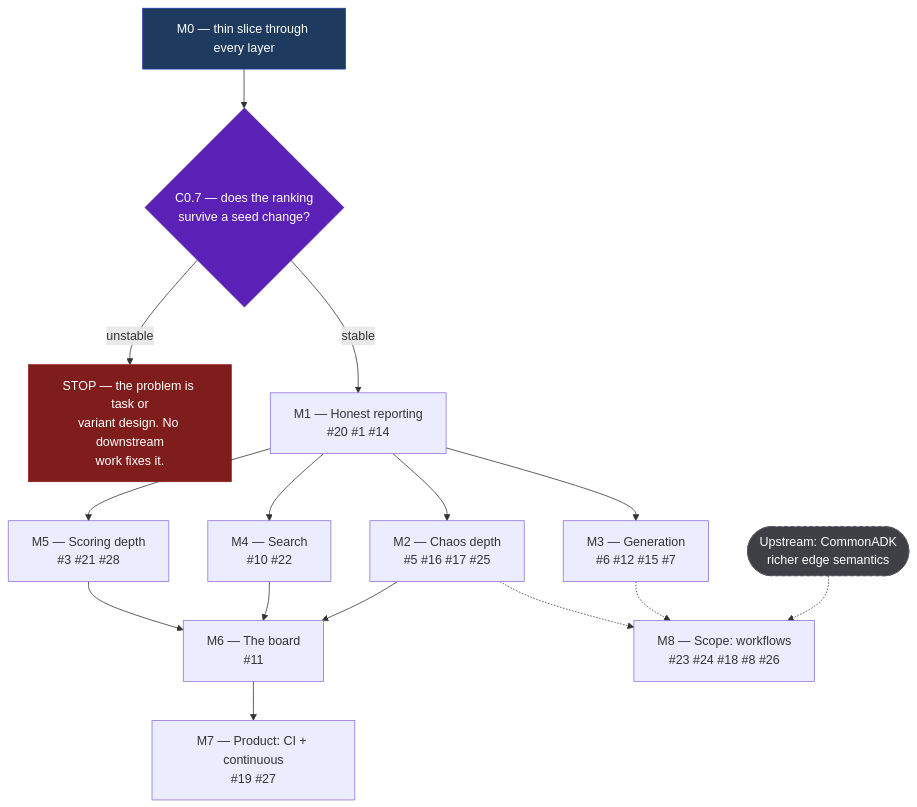
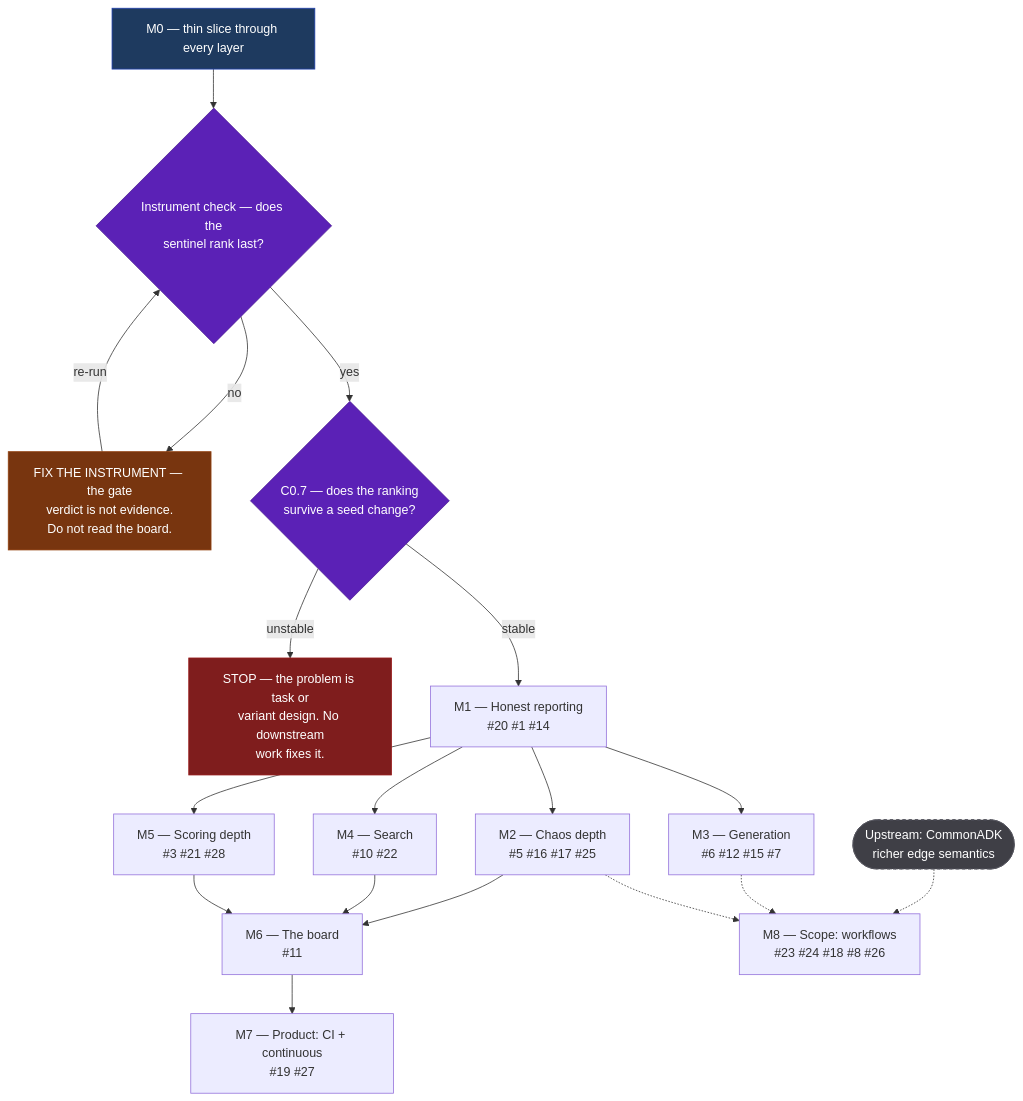
One commit to Mehul-Gupta-SMH/agent-gauntlet changed the second of 2 diagrams in plan.md. Above: the diagram before and after it, drawn with Mermaid. The commit also changed other lines of this file, not shown here.

First line of the commit message:
plan.md: record what the live gate actually did

````diff
--- a/plan.md
+++ b/plan.md
@@ -382,35 +415,42 @@
 ```mermaid
 flowchart TD
     M0["M0 — thin slice through every layer"]
+    INST{"Instrument check — does the<br/>sentinel rank last?"}
+    FIXM["FIX THE INSTRUMENT — the gate<br/>verdict is not evidence.<br/>Do not read the board."]
     GATE{"C0.7 — does the ranking<br/>survive a seed change?"}
     STOP["STOP — the problem is task or<br/>variant design. No downstream<br/>work fixes it."]
     M1["M1 — Honest reporting<br/>#20 #1 #14"]
     M2["M2 — Chaos depth<br/>#5 #16 #17 #25"]
     M3["M3 — Generation<br/>#6 #12 #15 #7"]
     M4["M4 — Search<br/>#10 #22"]
     M5["M5 — Scoring depth<br/>#3 #21 #28"]
     M6["M6 — The board<br/>#11"]
     M7["M7 — Product: CI + continuous<br/>#19 #27"]
     M8["M8 — Scope: workflows<br/>#23 #24 #18 #8 #26"]
     UP(["Upstream: CommonADK<br/>richer edge semantics"])
 
-    M0 --> GATE
+    M0 --> INST
+    INST -- "no" --> FIXM
+    FIXM -- "re-run" --> INST
+    INST -- "yes" --> GATE
     GATE -- "unstable" --> STOP
     GATE -- "stable" --> M1
     M1 --> M2
     M1 --> M4
     M1 --> M5
     M2 --> M6
     M4 --> M6
     M5 --> M6
     M1 --> M3
     M6 --> M7
     UP -.-> M8
     M3 -.-> M8
     M2 -.-> M8
 
+    style INST fill:#5b21b6,stroke:#4c1d95,color:#fff
+    style FIXM fill:#78350f,stroke:#92400e,color:#fff
     style GATE fill:#5b21b6,stroke:#4c1d95,color:#fff
     style STOP fill:#7f1d1d,stroke:#991b1b,color:#fff
     style M0 fill:#1e3a5f,stroke:#1e40af,color:#fff
     style UP fill:#3f3f46,stroke:#52525b,color:#fff,stroke-dasharray: 4 4
 ```
````
